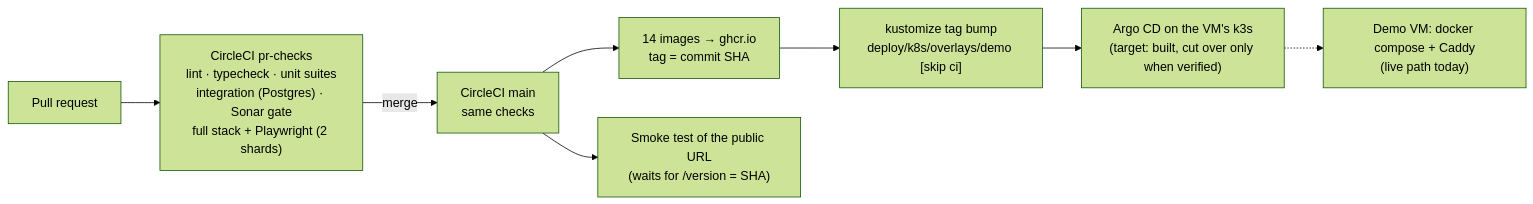
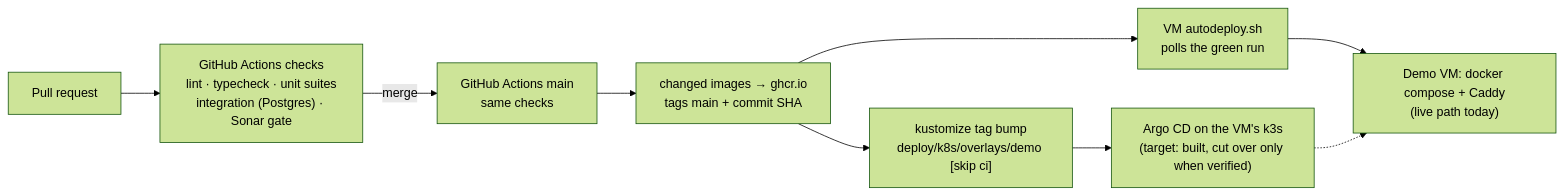
One commit to Adagard-Trios/Adagard_Lodestar changed the second of 2 diagrams in docs/architecture.md. Above: the diagram before and after it, drawn with Mermaid (forest theme). The commit also changed 20 other files, not shown here.

Commit message:
CI: drop CircleCI; GitHub Actions runs the quality gate on PRs and main, bumps the demo overlay; Argo CD core for the 4 GiB VM; OCR in the demo overlay

````diff
--- a/docs/architecture.md
+++ b/docs/architecture.md
@@ -73,11 +73,12 @@
 ```mermaid
 flowchart LR
-  dev["Pull request"] --> ci["CircleCI pr-checks<br/>lint · typecheck · unit suites<br/>integration (Postgres) · Sonar gate<br/>full stack + Playwright (2 shards)"]
-  ci -->|merge| main["CircleCI main<br/>same checks"]
-  main --> img["14 images → ghcr.io<br/>tag = commit SHA"]
+  dev["Pull request"] --> ci["GitHub Actions checks<br/>lint · typecheck · unit suites<br/>integration (Postgres) · Sonar gate"]
+  ci -->|merge| main["GitHub Actions main<br/>same checks"]
+  main --> img["changed images → ghcr.io<br/>tags main + commit SHA"]
+  img --> vmdeploy["VM autodeploy.sh<br/>polls the green run"]
+  vmdeploy --> vm
   img --> bump["kustomize tag bump<br/>deploy/k8s/overlays/demo [skip ci]"]
   bump --> argo["Argo CD on the VM's k3s<br/>(target: built, cut over only when verified)"]
-  main --> smoke["Smoke test of the public URL<br/>(waits for /version = SHA)"]
   vm["Demo VM: docker compose + Caddy<br/>(live path today)"]
   argo -.-> vm
 ```
````
